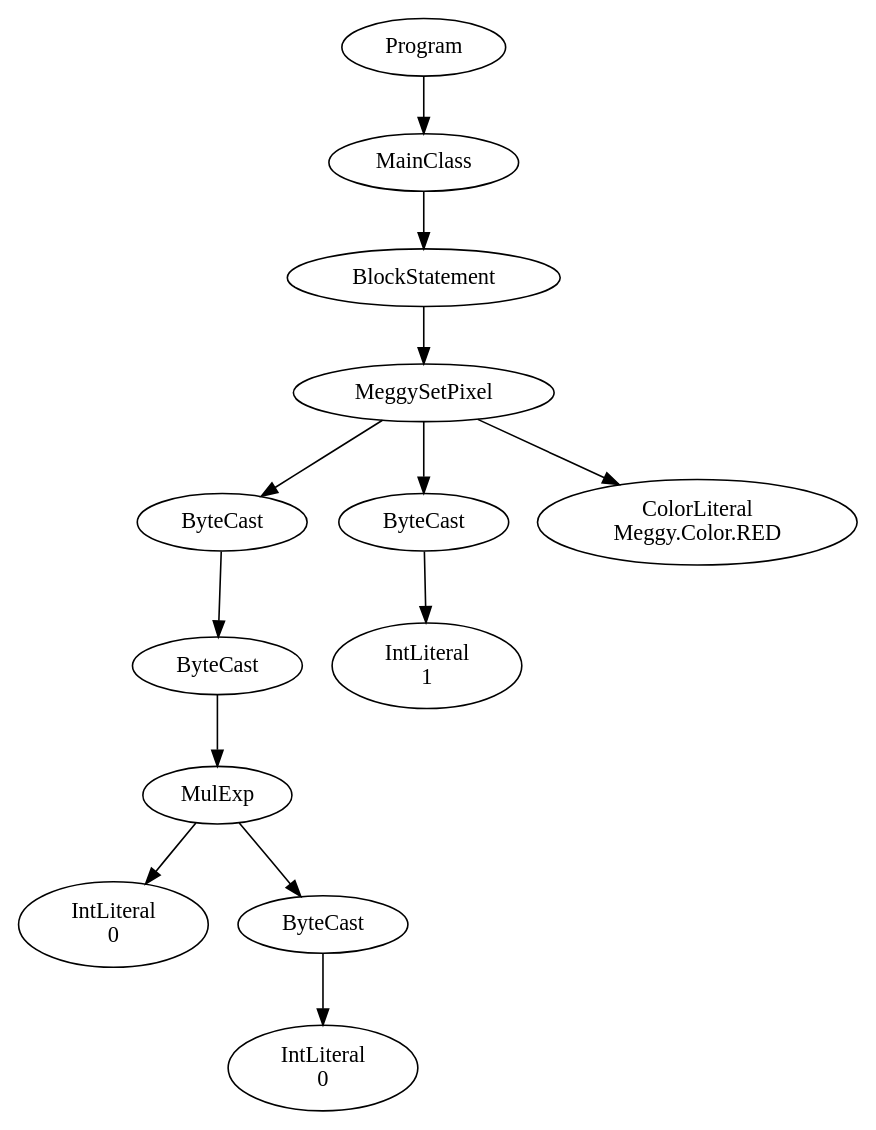
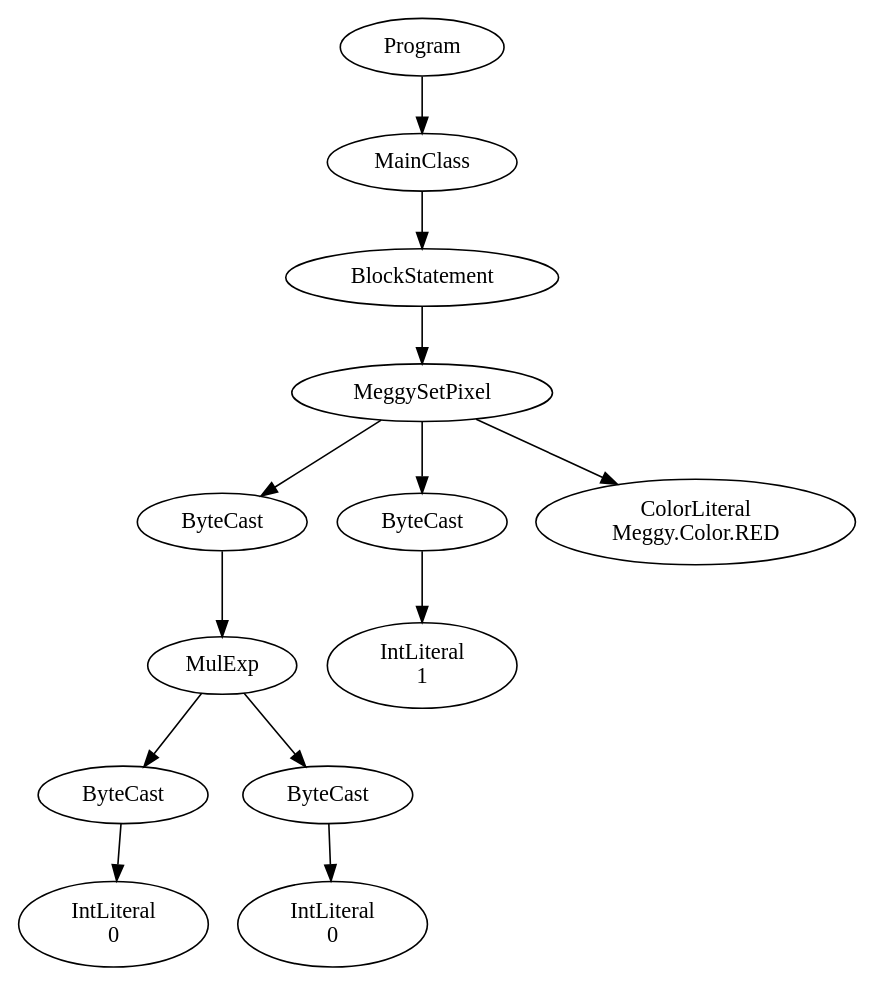
Before and after one commit to vg5ak/PA4: the diagram in PA3Start/PA3ifdots.java.ast.dot, drawn with Graphviz. The commit also changed 114 other files, not shown here.

```diff
--- a/PA3Start/PA3ifdots.java.ast.dot
+++ b/PA3Start/PA3ifdots.java.ast.dot
@@ -1,27 +1,27 @@
 digraph ASTGraph {
 0 [ label="Program" ];
 1 [ label="MainClass" ];
 0 -> 1
 2 [ label="BlockStatement" ];
 1 -> 2
 3 [ label="MeggySetPixel" ];
 2 -> 3
 4 [ label="ByteCast" ];
 3 -> 4
-5 [ label="ByteCast" ];
+5 [ label="MulExp" ];
 4 -> 5
-6 [ label="MulExp" ];
+6 [ label="ByteCast" ];
 5 -> 6
 7 [ label="IntLiteral\n0" ];
 6 -> 7
 8 [ label="ByteCast" ];
-6 -> 8
+5 -> 8
 9 [ label="IntLiteral\n0" ];
 8 -> 9
 10 [ label="ByteCast" ];
 3 -> 10
 11 [ label="IntLiteral\n1" ];
 10 -> 11
 12 [ label="ColorLiteral\nMeggy.Color.RED" ];
 3 -> 12
 }
```
